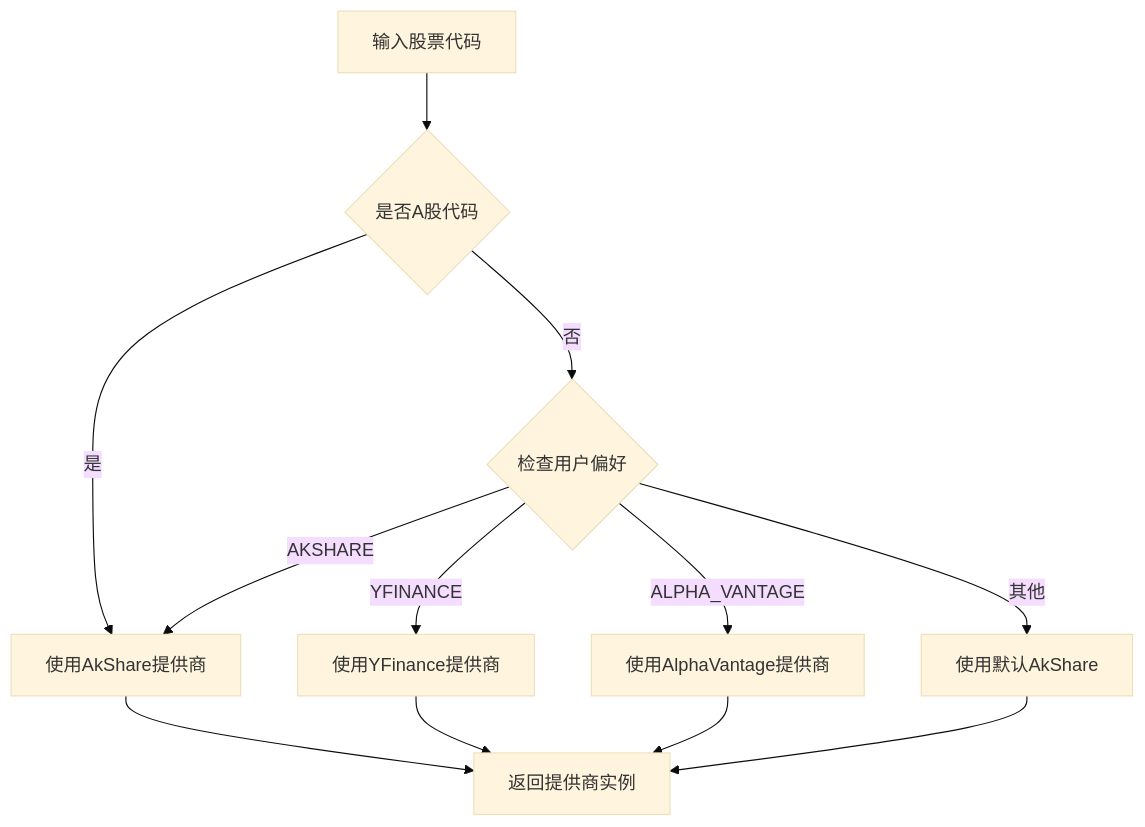
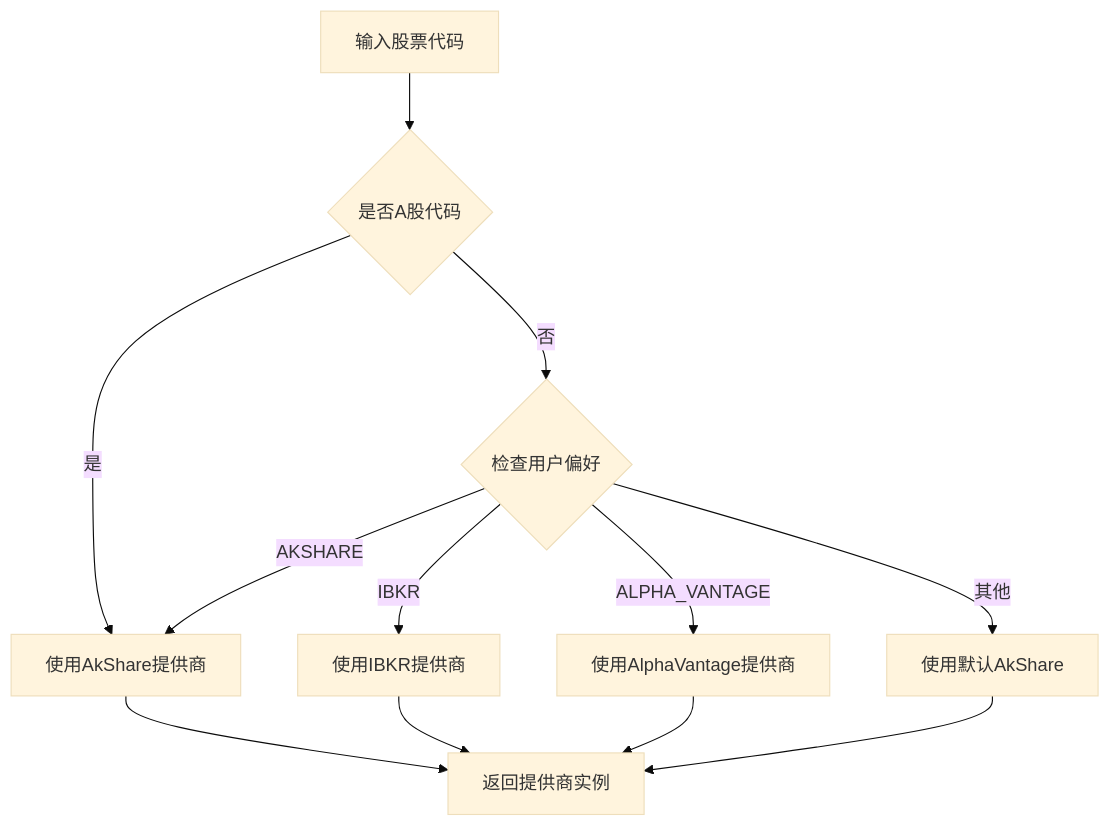
One commit to breeze-lyf/ai-stock-advisor changed the seventh of 14 diagrams in .qoder/repowiki/zh/content/后端开发指南/业务服务实现/市场数据提供商架构.md. Above: the diagram before and after it, drawn with Mermaid (base theme). The commit also changed other lines of this file and 43 other files, not shown here.

````diff
--- a/.qoder/repowiki/zh/content/后端开发指南/业务服务实现/市场数据提供商架构.md
+++ b/.qoder/repowiki/zh/content/后端开发指南/业务服务实现/市场数据提供商架构.md
@@ -374,14 +384,14 @@
 ```mermaid
 flowchart TD
 Input[输入股票代码] --> CheckA{"是否A股代码"}
 CheckA --> |是| UseAkShare["使用AkShare提供商"]
 CheckA --> |否| CheckSource{"检查用户偏好"}
-CheckSource --> |YFINANCE| UseYF["使用YFinance提供商"]
+CheckSource --> |IBKR| UseIBKR["使用IBKR提供商"]
 CheckSource --> |ALPHA_VANTAGE| UseAV["使用AlphaVantage提供商"]
 CheckSource --> |AKSHARE| UseAkShare
 CheckSource --> |其他| UseDefault["使用默认AkShare"]
 UseAkShare --> ReturnProvider["返回提供商实例"]
-UseYF --> ReturnProvider
+UseIBKR --> ReturnProvider
 UseAV --> ReturnProvider
 UseDefault --> ReturnProvider
 ```
````
